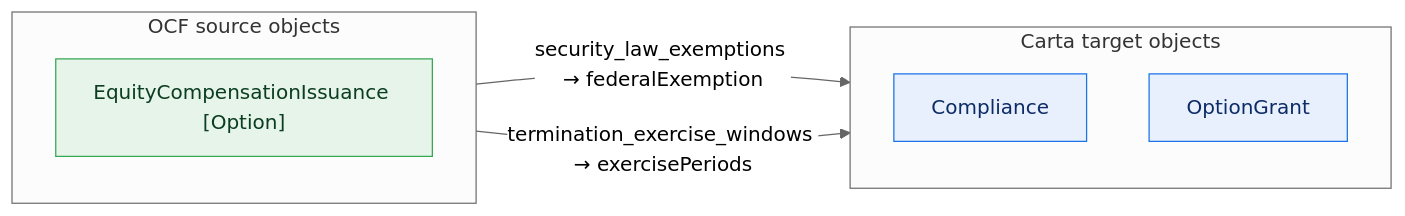
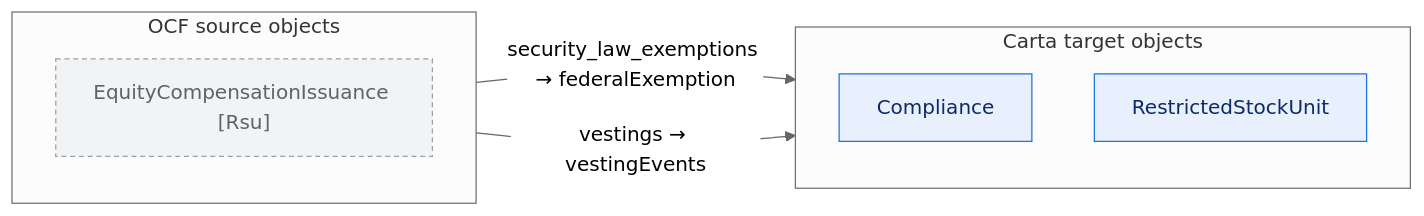
Before and after one commit to Open-Cap-Table-Coalition/OCF-Composed-Schemas: the sixth of 35 diagrams in docs/core-lossy-inventory.md, drawn with Mermaid (neutral theme). The commit also changed other lines of this file and 16 other files, not shown here.

````diff
--- a/docs/core-lossy-inventory.md
+++ b/docs/core-lossy-inventory.md
@@ -107,18 +129,18 @@
 ```mermaid
 flowchart LR
   classDef adm fill:#e6f4ea,stroke:#34a853,color:#0b3d20;
   classDef notadm fill:#f1f3f4,stroke:#9aa0a6,color:#5f6368,stroke-dasharray:4 3;
   classDef carta fill:#e8f0fe,stroke:#1a73e8,color:#0d2b66;
   classDef sink fill:#fce8e6,stroke:#d93025,color:#5c0d06;
   subgraph SRC["OCF source objects"]
     direction TB
-    o0["EquityCompensationIssuance [Option]"]:::adm
+    o0["EquityCompensationIssuance [Rsu]"]:::notadm
   end
   subgraph TGT["Carta target objects"]
     direction TB
     t0["Compliance"]:::carta
-    t1["OptionGrant"]:::carta
+    t1["RestrictedStockUnit"]:::carta
   end
   o0 -->|"security_law_exemptions → federalExemption"| t0
-  o0 -->|"termination_exercise_windows → exercisePeriods"| t1
+  o0 -->|"vestings → vestingEvents"| t1
 ```
````
